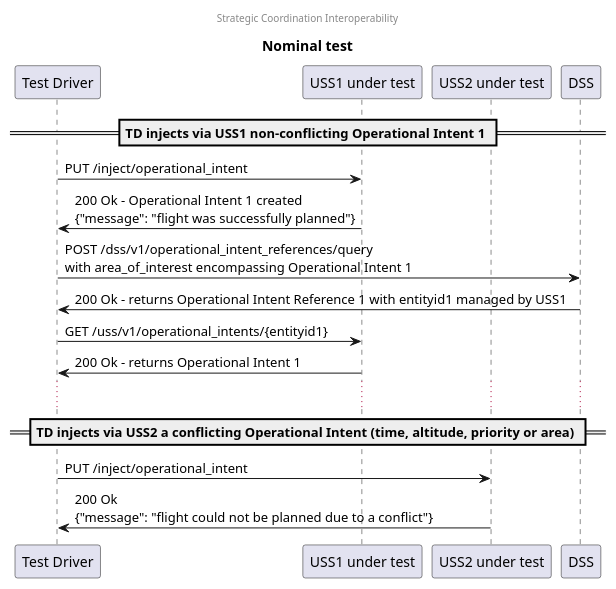
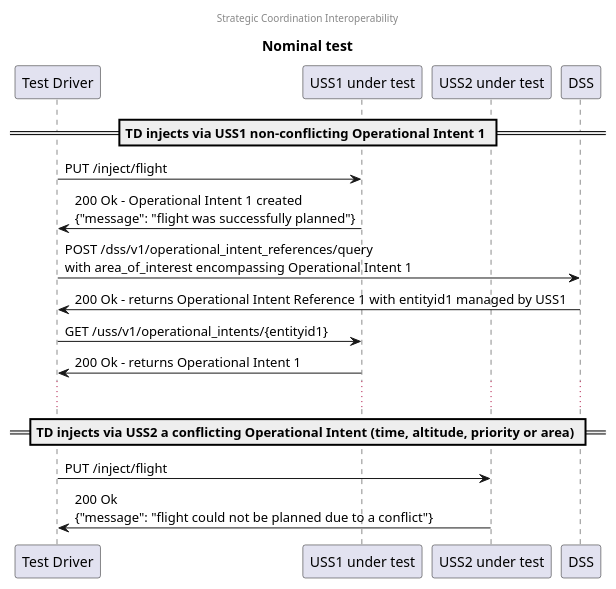
The diagram in interfaces/automated-testing/scd/design/strategic-coordination-interoperability/nominal-test.plantuml (interuss/dss), drawn with PlantUML before and after one commit. The commit also changed 1 other file, not shown here.

Commit message:
[automated-testing/scd] Change endpoints to /flight to represent operator intention

```diff
--- a/interfaces/automated-testing/scd/design/strategic-coordination-interoperability/nominal-test.plantuml
+++ b/interfaces/automated-testing/scd/design/strategic-coordination-interoperability/nominal-test.plantuml
@@ -1,28 +1,28 @@
 @startuml
 center header Strategic Coordination Interoperability
 title Nominal test
 
 participant "Test Driver" as TD
 participant "USS1 under test" as USS1
 participant "USS2 under test" as USS2
 participant "DSS"
 
 == TD injects via USS1 non-conflicting Operational Intent 1 ==
 
-TD -> USS1: PUT /inject/operational_intent
+TD -> USS1: PUT /inject/flight
 TD <- USS1: 200 Ok - Operational Intent 1 created\n{"message": "flight was successfully planned"}
 
 TD -> DSS: POST /dss/v1/operational_intent_references/query\nwith area_of_interest encompassing Operational Intent 1
 TD <- DSS: 200 Ok - returns Operational Intent Reference 1 with entityid1 managed by USS1
 
 TD -> USS1: GET /uss/v1/operational_intents/{entityid1}
 TD <- USS1: 200 Ok - returns Operational Intent 1
 
 ...
 
 == TD injects via USS2 a conflicting Operational Intent (time, altitude, priority or area) ==
 
-TD -> USS2: PUT /inject/operational_intent
+TD -> USS2: PUT /inject/flight
 TD <- USS2: 200 Ok\n{"message": "flight could not be planned due to a conflict"}
 
 @enduml
```
